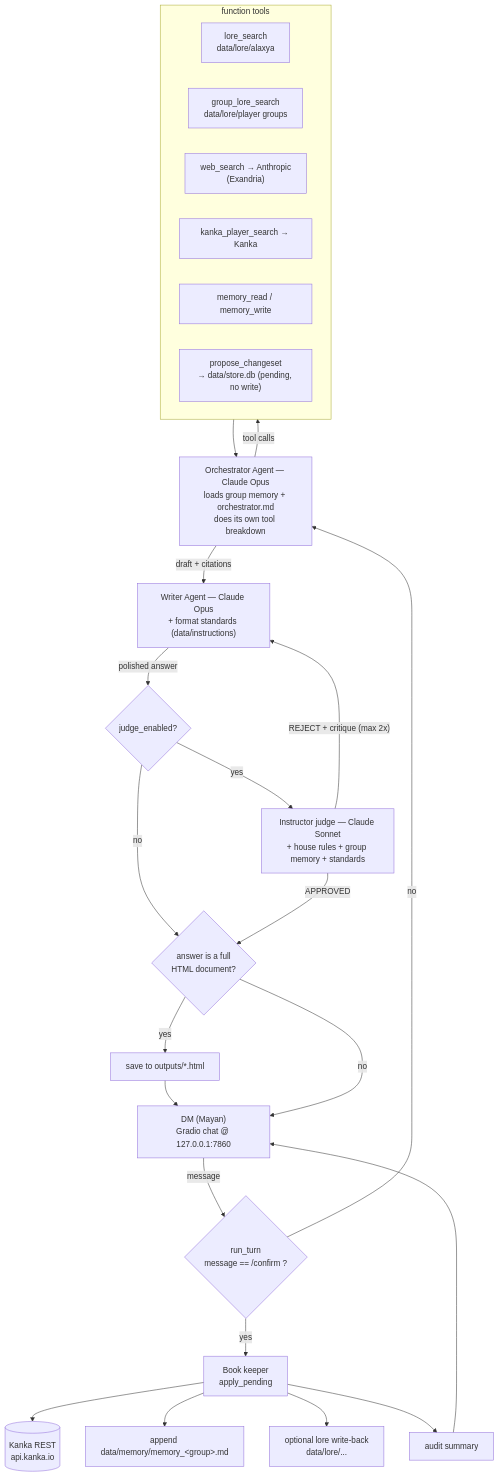
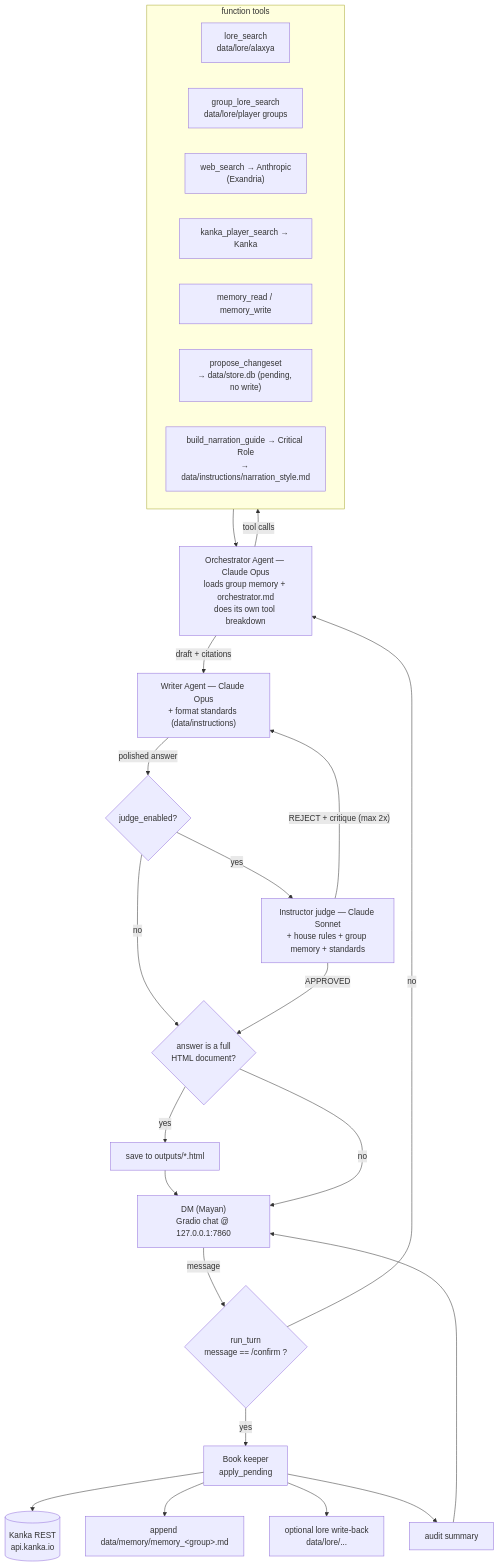
One commit to tailevi/Dungeon_master_assistant changed the diagram in README.md. Above: the diagram before and after it, drawn with Mermaid. The commit also changed other lines of this file and 10 other files, not shown here.

First line of the commit message:
Add Matt Mercer narration guide tool (Critical Role transcripts)

````diff
--- a/README.md
+++ b/README.md
@@ -25,35 +27,36 @@
 ```mermaid
 flowchart TD
     U["DM (Mayan)<br/>Gradio chat @ 127.0.0.1:7860"] -->|message| RT{"run_turn<br/>message == /confirm ?"}
 
     %% ---- write path ----
     RT -->|yes| BK["Book keeper<br/>apply_pending"]
     BK --> KZ[("Kanka REST<br/>api.kanka.io")]
     BK --> MEMW["append data/memory/memory_&lt;group&gt;.md"]
     BK --> LW["optional lore write-back<br/>data/lore/..."]
     BK --> RB["audit summary"] --> U
 
     %% ---- read / answer path ----
     RT -->|no| ORC["Orchestrator Agent — Claude Opus<br/>loads group memory + orchestrator.md<br/>does its own tool breakdown"]
     ORC -->|tool calls| TOOLS
 
     subgraph TOOLS["function tools"]
       LS["lore_search<br/>data/lore/alaxya"]
       GLS["group_lore_search<br/>data/lore/player groups"]
       WS["web_search → Anthropic<br/>(Exandria)"]
       KS["kanka_player_search → Kanka"]
       MRW["memory_read / memory_write"]
       PC["propose_changeset<br/>→ data/store.db (pending, no write)"]
+      NG["build_narration_guide → Critical Role<br/>→ data/instructions/narration_style.md"]
     end
 
     TOOLS --> ORC
     ORC -->|draft + citations| WR["Writer Agent — Claude Opus<br/>+ format standards (data/instructions)"]
     WR -->|polished answer| JG{"judge_enabled?"}
     JG -->|no| EMIT
     JG -->|yes| INS["Instructor judge — Claude Sonnet<br/>+ house rules + group memory + standards"]
     INS -->|APPROVED| EMIT
     INS -->|"REJECT + critique (max 2x)"| WR
 
     EMIT{"answer is a full<br/>HTML document?"} -->|yes| OUT["save to outputs/*.html"] --> U
     EMIT -->|no| U
 ```
````
